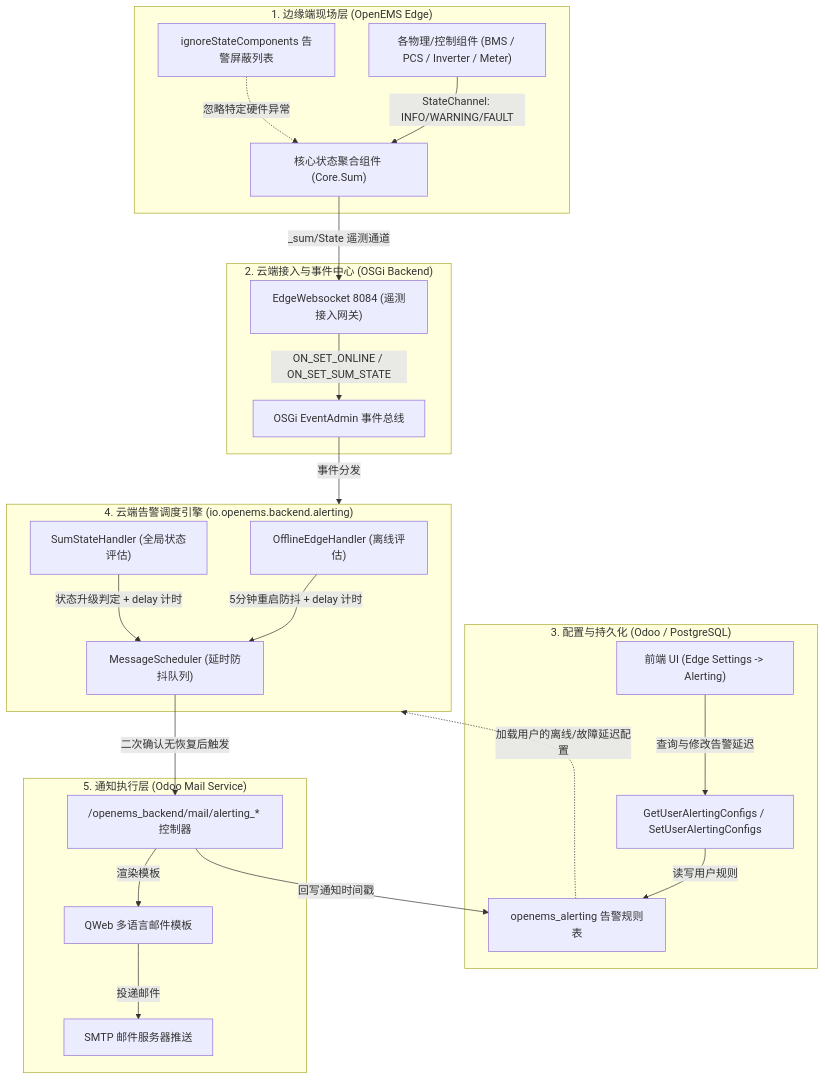
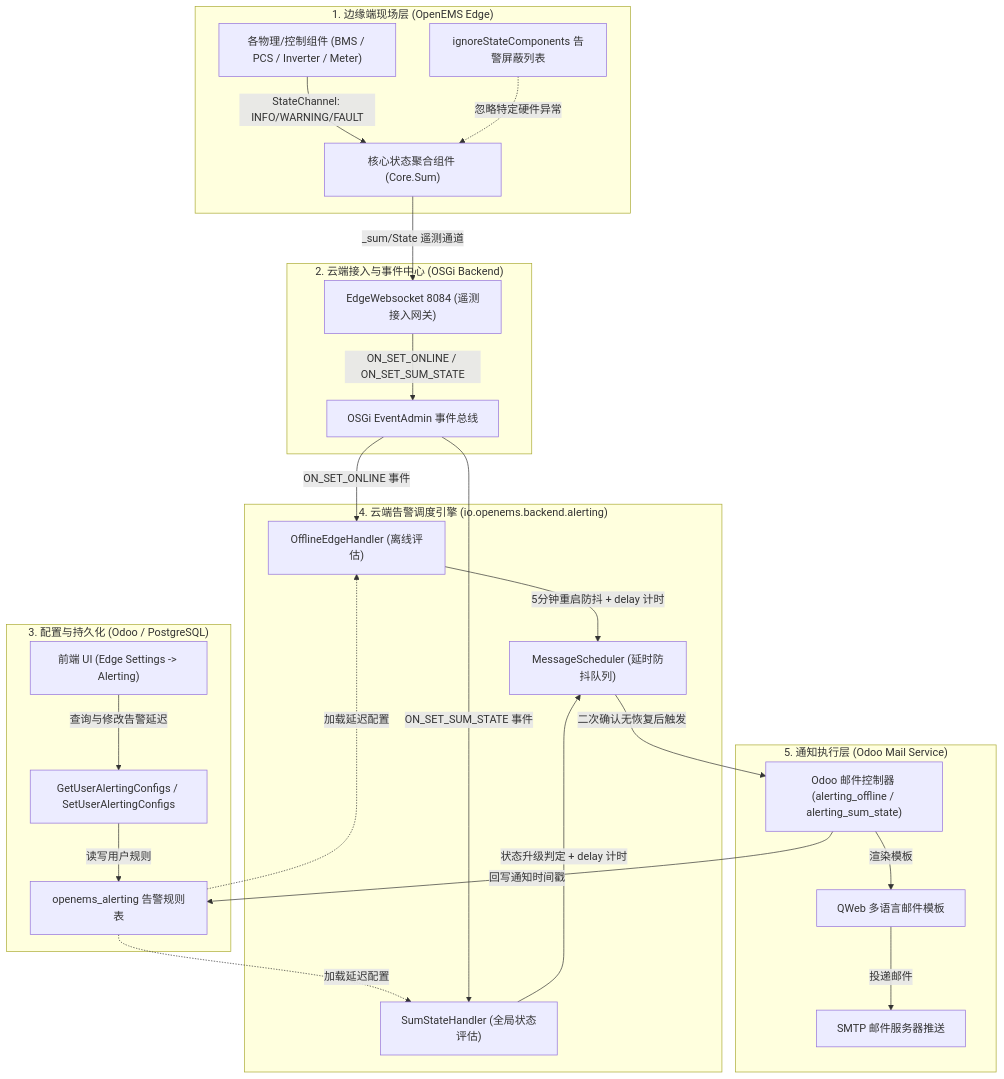
Before and after one commit to duanshuaimin/openems: the first of 2 diagrams in docs/alerting_configuration_and_architecture.md, drawn with Mermaid. The commit also changed other lines of this file, not shown here.

Commit message:
docs: fix mermaid subgraph link and sequence diagram compatibility

````diff
--- a/docs/alerting_configuration_and_architecture.md
+++ b/docs/alerting_configuration_and_architecture.md
@@ -11,48 +11,50 @@
 ```mermaid
 flowchart TD
     subgraph EdgeLayer["1. 边缘端现场层 (OpenEMS Edge)"]
         COMP["各物理/控制组件 (BMS / PCS / Inverter / Meter)"]
         SUM["核心状态聚合组件 (Core.Sum)"]
         IGNORE["ignoreStateComponents 告警屏蔽列表"]
     end
 
     subgraph BackendGateway["2. 云端接入与事件中心 (OSGi Backend)"]
         EWS["EdgeWebsocket 8084 (遥测接入网关)"]
         EVT["OSGi EventAdmin 事件总线"]
     end
 
     subgraph ConfigAndStorage["3. 配置与持久化 (Odoo / PostgreSQL)"]
         UI["前端 UI (Edge Settings -> Alerting)"]
         JSONRPC["GetUserAlertingConfigs / SetUserAlertingConfigs"]
         TABLE["openems_alerting 告警规则表"]
     end
 
     subgraph AlertingEngine["4. 云端告警调度引擎 (io.openems.backend.alerting)"]
         OFFLINE_H["OfflineEdgeHandler (离线评估)"]
         SUM_H["SumStateHandler (全局状态评估)"]
         SCHED["MessageScheduler (延时防抖队列)"]
     end
 
     subgraph NotificationLayer["5. 通知执行层 (Odoo Mail Service)"]
-        MAIL_CTRL["/openems_backend/mail/alerting_* 控制器"]
+        MAIL_CTRL["Odoo 邮件控制器 (alerting_offline / alerting_sum_state)"]
         QWEB["QWeb 多语言邮件模板"]
         SMTP["SMTP 邮件服务器推送"]
     end
 
     COMP -->|StateChannel: INFO/WARNING/FAULT| SUM
     IGNORE -.->|忽略特定硬件异常| SUM
     SUM -->|_sum/State 遥测通道| EWS
     EWS -->|ON_SET_ONLINE / ON_SET_SUM_STATE| EVT
 
     UI -->|查询与修改告警延迟| JSONRPC
     JSONRPC -->|读写用户规则| TABLE
-    TABLE -.->|加载用户的离线/故障延迟配置| AlertingEngine
+    TABLE -.->|加载延迟配置| OFFLINE_H
+    TABLE -.->|加载延迟配置| SUM_H
 
-    EVT -->|事件分发| AlertingEngine
+    EVT -->|ON_SET_ONLINE 事件| OFFLINE_H
+    EVT -->|ON_SET_SUM_STATE 事件| SUM_H
     OFFLINE_H -->|5分钟重启防抖 + delay 计时| SCHED
     SUM_H -->|状态升级判定 + delay 计时| SCHED
     SCHED -->|二次确认无恢复后触发| MAIL_CTRL
     MAIL_CTRL -->|渲染模板| QWEB
     QWEB -->|投递邮件| SMTP
     MAIL_CTRL -->|回写通知时间戳| TABLE
 ```
````
